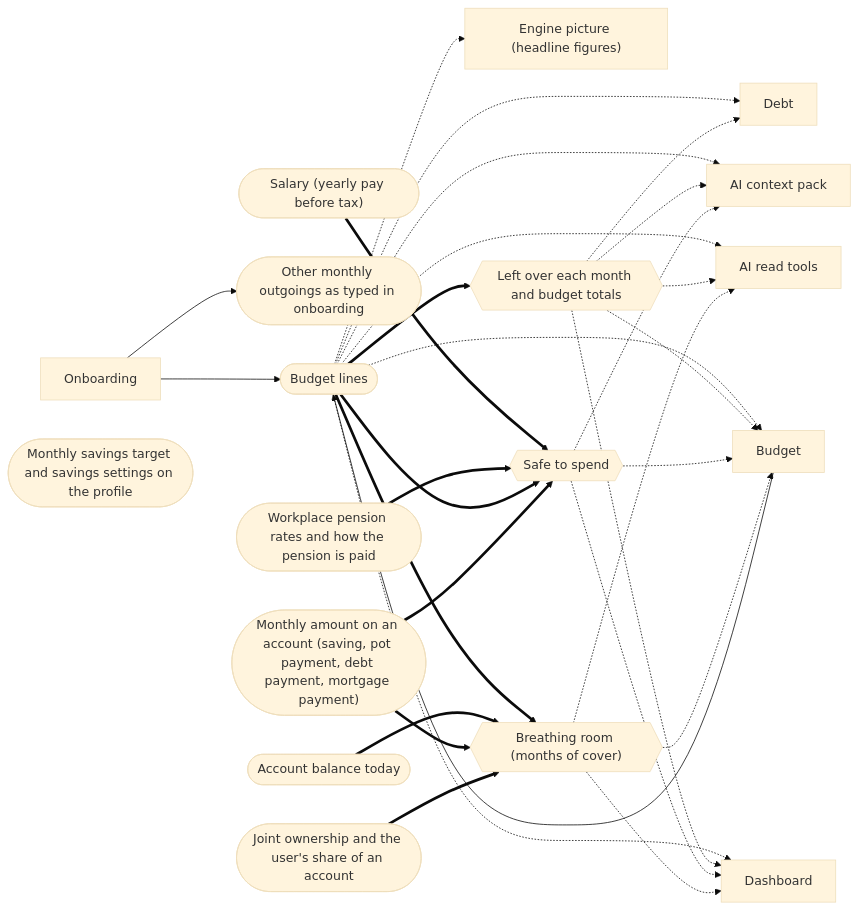
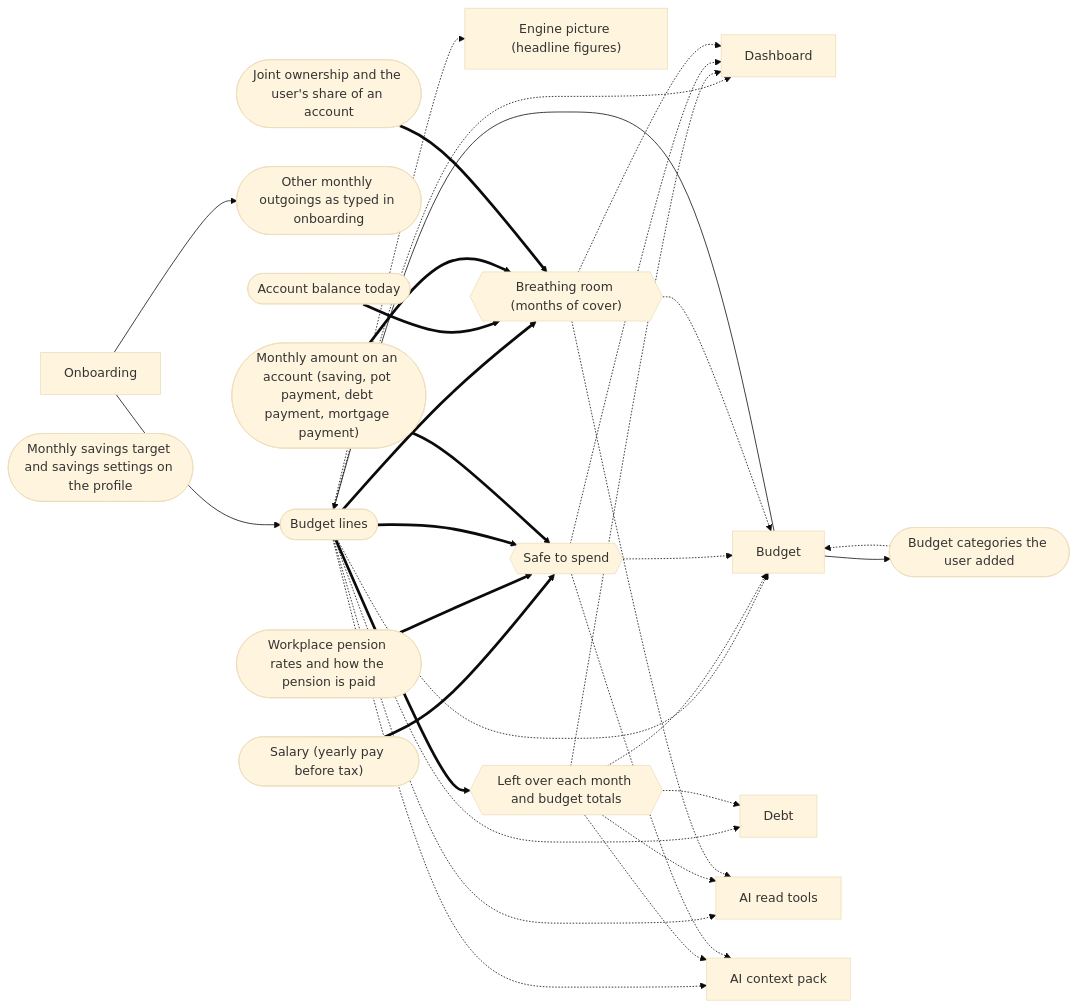
One commit to mgallagher56/flump changed the fifth of 7 diagrams in docs/system/generated/connections.md. Above: the diagram before and after it, drawn with Mermaid (base theme). The commit also changed other lines of this file and 14 other files, not shown here.

````diff
--- a/docs/system/generated/connections.md
+++ b/docs/system/generated/connections.md
@@ -329,50 +383,53 @@
 ```mermaid
 flowchart LR
   s_onboarding["Onboarding"]
   s_dashboard["Dashboard"]
   s_budget["Budget"]
   s_debt["Debt"]
   s_picture["Engine picture (headline figures)"]
   s_mcp_read["AI read tools"]
   s_context_pack["AI context pack"]
+  f_custom_budget_categories(["Budget categories the user added"])
+  s_budget --> f_custom_budget_categories
+  f_custom_budget_categories -.-> s_budget
   f_budget_entries(["Budget lines"])
   s_budget --> f_budget_entries
   s_onboarding --> f_budget_entries
   f_budget_entries -.-> s_picture
   f_budget_entries -.-> s_budget
   f_budget_entries -.-> s_dashboard
   f_budget_entries -.-> s_debt
   f_budget_entries -.-> s_mcp_read
   f_budget_entries -.-> s_context_pack
   f_other_outgoings(["Other monthly outgoings as typed in onboarding"])
   s_onboarding --> f_other_outgoings
   f_savings_settings(["Monthly savings target and savings settings on the profile"])
   g_left_over{{"Left over each month and budget totals"}}
   f_budget_entries ==> g_left_over
   g_left_over -.-> s_dashboard
   g_left_over -.-> s_budget
   g_left_over -.-> s_debt
   g_left_over -.-> s_mcp_read
   g_left_over -.-> s_context_pack
   g_safe_to_spend{{"Safe to spend"}}
   f_salary(["Salary (yearly pay before tax)"])
   f_salary ==> g_safe_to_spend
   f_pension_rates(["Workplace pension rates and how the pension is paid"])
   f_pension_rates ==> g_safe_to_spend
   f_budget_entries ==> g_safe_to_spend
   f_account_monthly_amount(["Monthly amount on an account (saving, pot payment, debt payment, mortgage payment)"])
   f_account_monthly_amount ==> g_safe_to_spend
   g_safe_to_spend -.-> s_budget
   g_safe_to_spend -.-> s_dashboard
   g_safe_to_spend -.-> s_context_pack
   g_months_of_cover{{"Breathing room (months of cover)"}}
   f_budget_entries ==> g_months_of_cover
   f_account_balance(["Account balance today"])
   f_account_balance ==> g_months_of_cover
   f_account_monthly_amount ==> g_months_of_cover
   f_ownership_share(["Joint ownership and the user's share of an account"])
   f_ownership_share ==> g_months_of_cover
   g_months_of_cover -.-> s_dashboard
   g_months_of_cover -.-> s_budget
   g_months_of_cover -.-> s_mcp_read
 ```
````
